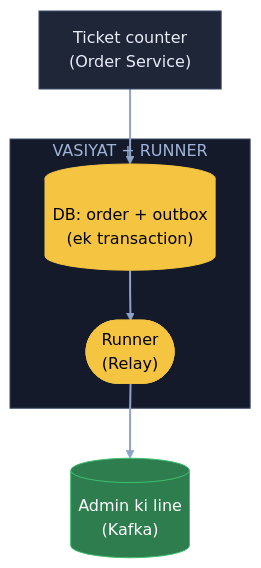
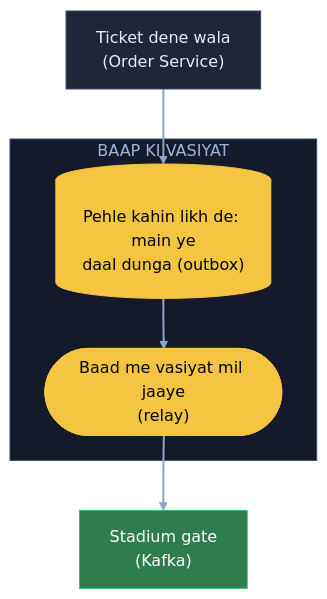
The seventh of 10 diagrams in 04_HLD/SYSTEM_DESIGNS/12_message_queue_kafka/12_message_queue_kafka.md (ArpanMaheshwari144/Prep), drawn with Mermaid before and after one commit. The commit also changed other lines of this file, not shown here.

Commit message:
Kafka: 10 diagram stadium kahani (hand notes) se; runner / order cancel / min.insync / 5000 fan jaisi apni jodi baatein hatai, K6 pehli soch wapas

````diff
--- a/04_HLD/SYSTEM_DESIGNS/12_message_queue_kafka/12_message_queue_kafka.md
+++ b/04_HLD/SYSTEM_DESIGNS/12_message_queue_kafka/12_message_queue_kafka.md
@@ -229,18 +245,18 @@
 ```mermaid
 flowchart TB
-    O["Ticket counter<br/>(Order Service)"]:::card
-    subgraph VR["VASIYAT + RUNNER"]
-        D[("DB: order + outbox<br/>(ek transaction)")]:::pill
-        RL(["Runner<br/>(Relay)"]):::pill
+    T["Ticket dene wala<br/>(Order Service)"]:::card
+    subgraph VS["BAAP KI VASIYAT"]
+        D[("Pehle kahin likh de: main ye<br/>daal dunga (outbox)")]:::pill
+        R(["Baad me vasiyat mil jaaye<br/>(relay)"]):::pill
     end
-    K[("Admin ki line<br/>(Kafka)")]:::good
-    O --> D
-    D --> RL
-    RL --> K
+    K["Stadium gate<br/>(Kafka)"]:::good
+    T --> D
+    D --> R
+    R --> K
     linkStyle default stroke:#8fa3c7,stroke-width:2px
     classDef card fill:#1e2638,stroke:#3a4a6b,color:#e8ecf5
     classDef pill fill:#f5c542,stroke:#f5c542,color:#000
     classDef good fill:#2e7d4f,stroke:#3fbf6f,color:#fff
     classDef bad fill:#5c1f24,stroke:#e05561,color:#fff
-    style VR fill:#141a29,stroke:#3a4a6b,color:#9fb3d9
+    style VS fill:#141a29,stroke:#3a4a6b,color:#9fb3d9
 ```
````
